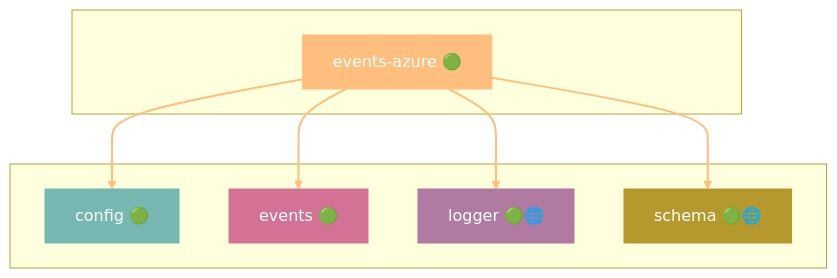
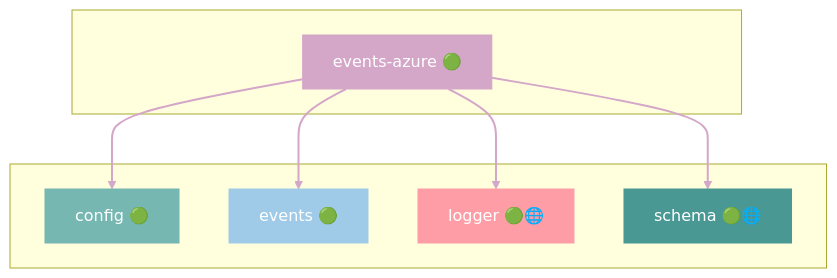
One commit to grest-ts/grest-ts changed diagram 19 of 43 in docs/DEPENDENCIES.md. Above: the diagram before and after it, drawn with Mermaid. The commit also changed other lines of this file and 14 other files, not shown here.

````diff
--- a/docs/DEPENDENCIES.md
+++ b/docs/DEPENDENCIES.md
@@ -937,25 +979,25 @@
 ```mermaid
 flowchart TB
     subgraph Package[" "]
         events-azure["events-azure 🟢"]
     end
     subgraph Dependencies[" "]
         config["config 🟢"]
         events["events 🟢"]
         logger["logger 🟢🌐"]
         schema["schema 🟢🌐"]
     end
     events-azure --> config
     events-azure --> events
     events-azure --> logger
     events-azure --> schema
-    style events-azure fill:#FFBE7D,stroke:#FFBE7D,color:#fff
+    style events-azure fill:#D4A6C8,stroke:#D4A6C8,color:#fff
     style config fill:#76B7B2,stroke:#76B7B2,color:#fff
-    style events fill:#D37295,stroke:#D37295,color:#fff
-    style logger fill:#B07AA1,stroke:#B07AA1,color:#fff
-    style schema fill:#B6992D,stroke:#B6992D,color:#fff
-    linkStyle 0 stroke:#FFBE7D,stroke-width:2px
-    linkStyle 1 stroke:#FFBE7D,stroke-width:2px
-    linkStyle 2 stroke:#FFBE7D,stroke-width:2px
-    linkStyle 3 stroke:#FFBE7D,stroke-width:2px
+    style events fill:#A0CBE8,stroke:#A0CBE8,color:#fff
+    style logger fill:#FF9DA7,stroke:#FF9DA7,color:#fff
+    style schema fill:#499894,stroke:#499894,color:#fff
+    linkStyle 0 stroke:#D4A6C8,stroke-width:2px
+    linkStyle 1 stroke:#D4A6C8,stroke-width:2px
+    linkStyle 2 stroke:#D4A6C8,stroke-width:2px
+    linkStyle 3 stroke:#D4A6C8,stroke-width:2px
 ```
````
